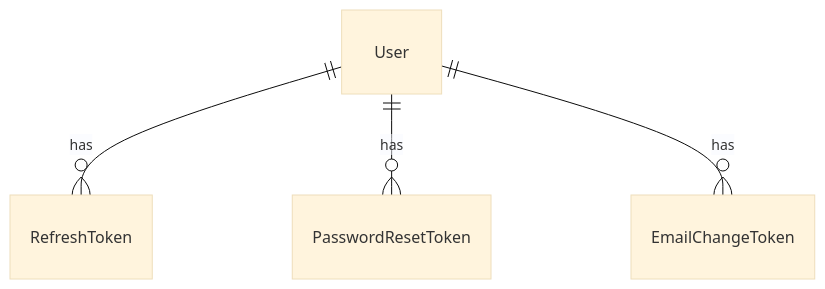
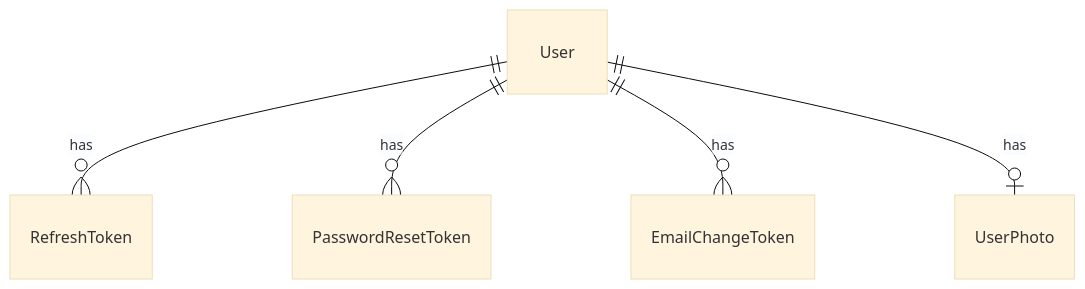
Before and after one commit to minimalist-hr/herculean: the first of 2 diagrams in docs/wiki/product/er-diagram.md, drawn with Mermaid (base theme). The commit also changed other lines of this file and 65 other files, not shown here.

````diff
--- a/docs/wiki/product/er-diagram.md
+++ b/docs/wiki/product/er-diagram.md
@@ -21,6 +21,7 @@
 ```mermaid
 erDiagram
     User ||--o{ RefreshToken : has
     User ||--o{ PasswordResetToken : has
     User ||--o{ EmailChangeToken : has
+    User ||--o| UserPhoto : has
 ```
````
